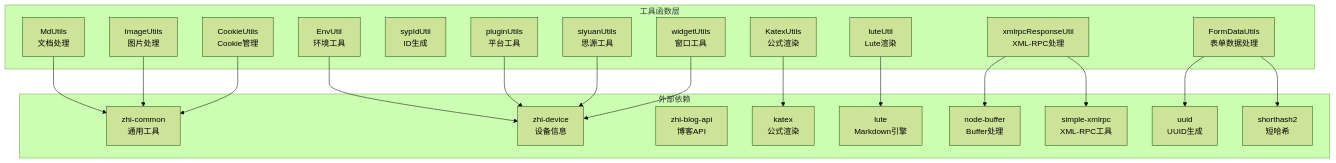
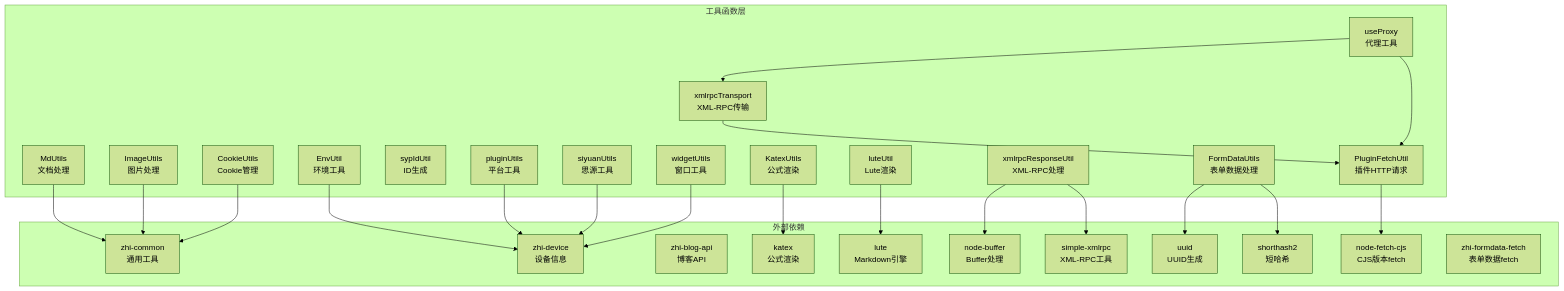
Before and after one commit to terwer/siyuan-plugin-publisher: the second of 9 diagrams in .qoder/repowiki/zh/content/API参考文档/工具函数API/工具函数API.md, drawn with Mermaid (forest theme). The commit also changed other lines of this file and 15 other files, not shown here.

First line of the commit message:
refactor(proxy): redesign form upload transport to unified top-level architecture

````diff
--- a/.qoder/repowiki/zh/content/API参考文档/工具函数API/工具函数API.md
+++ b/.qoder/repowiki/zh/content/API参考文档/工具函数API/工具函数API.md
@@ -525,41 +574,50 @@
 ```mermaid
 graph TB
 subgraph "工具函数层"
 A[MdUtils<br/>文档处理]
 B[ImageUtils<br/>图片处理]
 C[CookieUtils<br/>Cookie管理]
 D[EnvUtil<br/>环境工具]
 E[sypIdUtil<br/>ID生成]
 F[pluginUtils<br/>平台工具]
 G[KatexUtils<br/>公式渲染]
 H[luteUtil<br/>Lute渲染]
 I[siyuanUtils<br/>思源工具]
 J[widgetUtils<br/>窗口工具]
 K[xmlrpcResponseUtil<br/>XML-RPC处理]
 L[FormDataUtils<br/>表单数据处理]
+M[PluginFetchUtil<br/>插件HTTP请求]
+N[xmlrpcTransport<br/>XML-RPC传输]
+O[useProxy<br/>代理工具]
 end
 subgraph "外部依赖"
-M[zhi-common<br/>通用工具]
-N[zhi-device<br/>设备信息]
-O[zhi-blog-api<br/>博客API]
-P[katex<br/>公式渲染]
-Q[lute<br/>Markdown引擎]
-R[node-buffer<br/>Buffer处理]
-S[simple-xmlrpc<br/>XML-RPC工具]
-T[uuid<br/>UUID生成]
-U[shorthash2<br/>短哈希]
+P[zhi-common<br/>通用工具]
+Q[zhi-device<br/>设备信息]
+R[zhi-blog-api<br/>博客API]
+S[katex<br/>公式渲染]
+T[lute<br/>Markdown引擎]
+U[node-buffer<br/>Buffer处理]
+V[simple-xmlrpc<br/>XML-RPC工具]
+W[uuid<br/>UUID生成]
+X[shorthash2<br/>短哈希]
+Y[node-fetch-cjs<br/>CJS版本fetch]
+Z[zhi-formdata-fetch<br/>表单数据fetch]
 end
-A --> M
-B --> M
-C --> M
-D --> N
-F --> N
-G --> P
-H --> Q
-I --> N
-J --> N
-K --> R
-K --> S
-L --> T
-L --> U
+A --> P
+B --> P
+C --> P
+D --> Q
+F --> Q
+G --> S
+H --> T
+I --> Q
+J --> Q
+K --> U
+K --> V
+L --> W
+L --> X
+M --> Y
+N --> M
+O --> M
+O --> N
 ```
````
